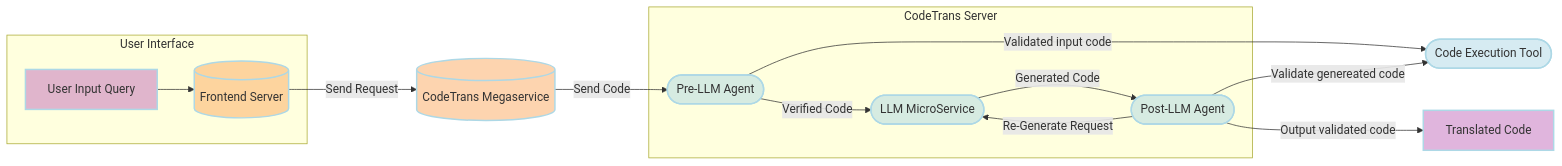
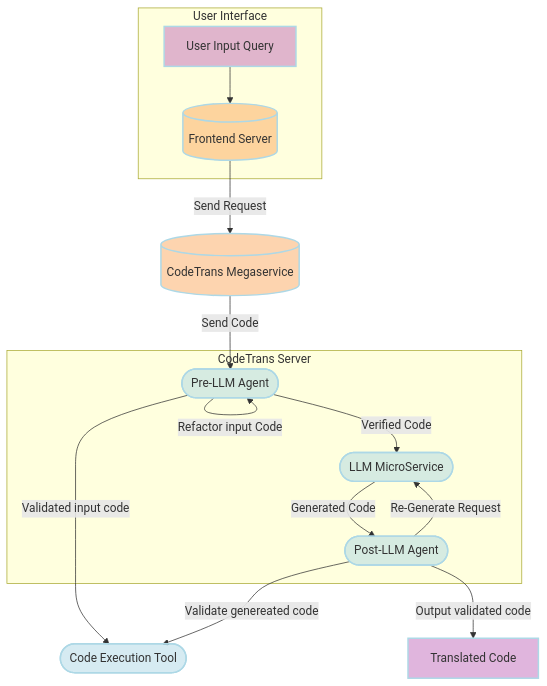
One commit to opea-project/docs changed the diagram in community/rfcs/25-03-14-GenAIExample-001-CodeTrans-with-Agents.md. Above: the diagram before and after it, drawn with Mermaid. The commit also changed other lines of this file, not shown here.

Commit message:
refine pre-llm agent design

````diff
--- a/community/rfcs/25-03-14-GenAIExample-001-CodeTrans-with-Agents.md
+++ b/community/rfcs/25-03-14-GenAIExample-001-CodeTrans-with-Agents.md
@@ -86,35 +88,34 @@
 ```mermaid
-graph LR
+graph TD
     %% Colors %%
     classDef blue fill:#ADD8E6,stroke:#ADD8E6,stroke-width:2px,fill-opacity:0.5
     classDef orange fill:#FBAA60,stroke:#ADD8E6,stroke-width:2px,fill-opacity:0.5
     classDef orchid fill:#C26DBC,stroke:#ADD8E6,stroke-width:2px,fill-opacity:0.5
     subgraph User Interface
         %% direction TD
         Frontend[(Frontend Server)]:::orange
         UIQ[User Input Query]:::orchid
         UIQ --> Frontend
     end
 
     Megaservice[(CodeTrans Megaservice)]:::orange
     
     subgraph CodeTrans Server
         Agent1([Pre-LLM Agent]):::blue
         LLM_MicroService([LLM MicroService]):::blue
         Agent2([Post-LLM Agent]):::blue
+        Agent1 -->|Refactor input Code| Agent1
+    Agent1 -->|Verified Code| LLM_MicroService
+    LLM_MicroService -->|Generated Code| Agent2
+    Agent2 -->|Re-Generate Request| LLM_MicroService
     end
 
     CodeExecutionTool([Code Execution Tool]):::blue
     Output[Translated Code]:::orchid
 
-    direction LR
     Frontend -->|Send Request| Megaservice
     Megaservice -->|Send Code| Agent1
-    Agent1 -->|Verified Code| LLM_MicroService
-    LLM_MicroService -->|Generated Code| Agent2
-    Agent2 -->|Re-Generate Request| LLM_MicroService
-
     Agent1 -->|Validated input code| CodeExecutionTool
     Agent2 -->|Validate genereated code| CodeExecutionTool
     Agent2 -->|Output validated code| Output
 ```
````
